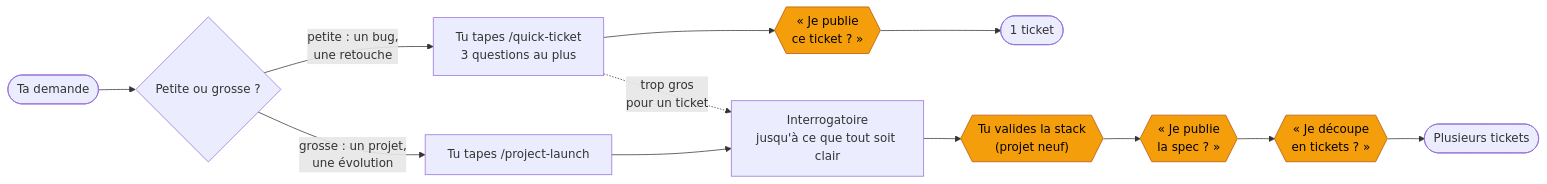
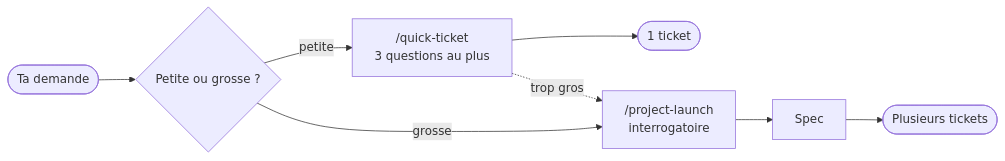
Before and after one commit to arthurnicolas59/an-forge: the third of 7 diagrams in README.md, drawn with Mermaid. The commit also changed other lines of this file, not shown here.

````diff
--- a/README.md
+++ b/README.md
@@ -165,17 +149,10 @@
 ```mermaid
 flowchart LR
-    demande(["Ta demande"]) --> petite{"Petite ou grosse ?"}
-    petite -->|"petite : un bug,<br/>une retouche"| qt["Tu tapes /quick-ticket<br/>3 questions au plus"]
-    qt --> okt{{"« Je publie<br/>ce ticket ? »"}}
-    okt --> un(["1 ticket"])
-    qt -.->|"trop gros<br/>pour un ticket"| grill
-    petite -->|"grosse : un projet,<br/>une évolution"| pl["Tu tapes /project-launch"]
-    pl --> grill["Interrogatoire<br/>jusqu'à ce que tout soit clair"]
-    grill --> stack{{"Tu valides la stack<br/>(projet neuf)"}}
-    stack --> spec{{"« Je publie<br/>la spec ? »"}}
-    spec --> dec{{"« Je découpe<br/>en tickets ? »"}}
-    dec --> plusieurs(["Plusieurs tickets"])
-
-    classDef toi fill:#f59e0b,stroke:#b45309,color:#000
-    class okt,stack,spec,dec toi
+    demande(["Ta demande"]) --> taille{"Petite ou grosse ?"}
+    taille -->|"petite"| qt["/quick-ticket<br/>3 questions au plus"]
+    qt --> un(["1 ticket"])
+    qt -.->|"trop gros"| grill
+    taille -->|"grosse"| grill["/project-launch<br/>interrogatoire"]
+    grill --> spec["Spec"]
+    spec --> plusieurs(["Plusieurs tickets"])
 ```
````
